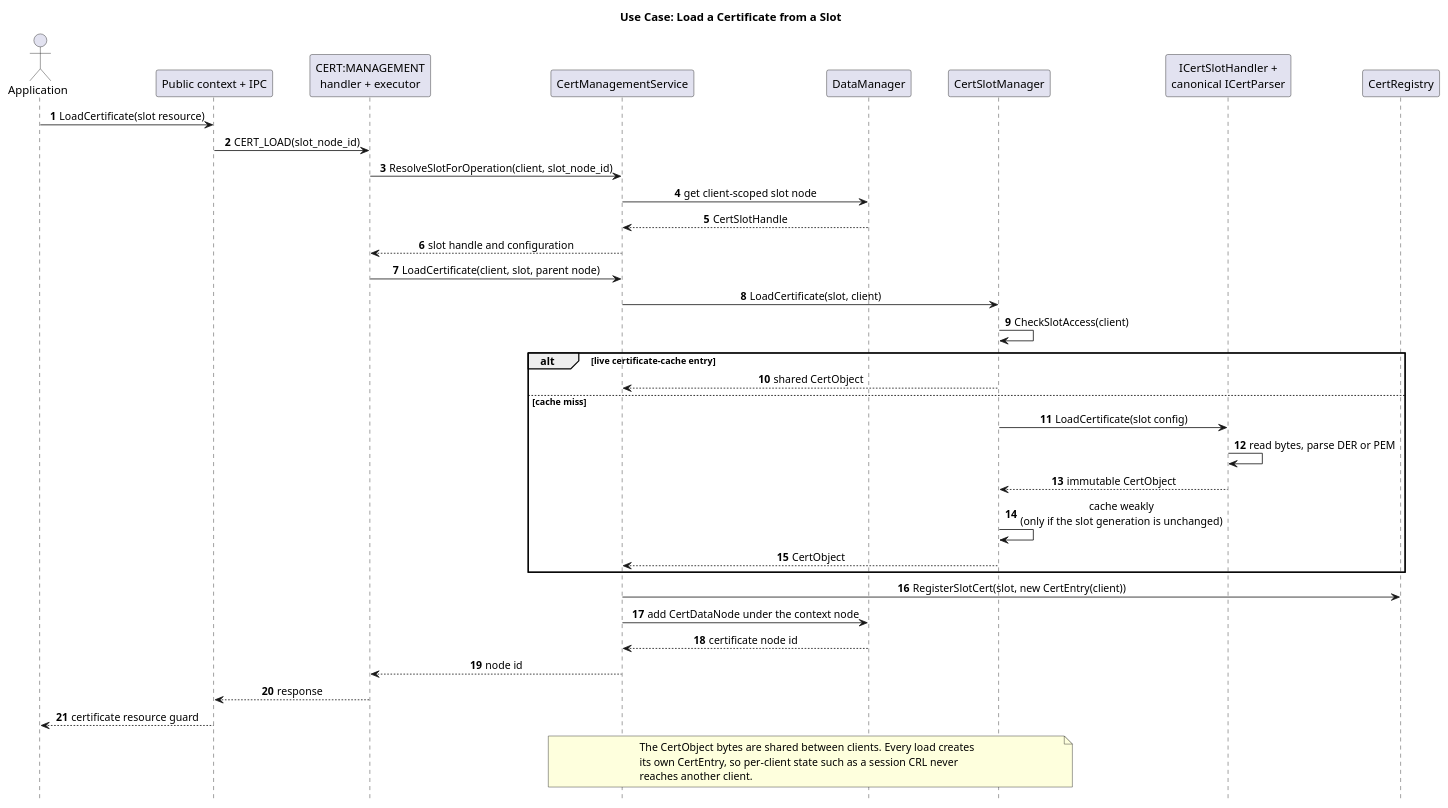
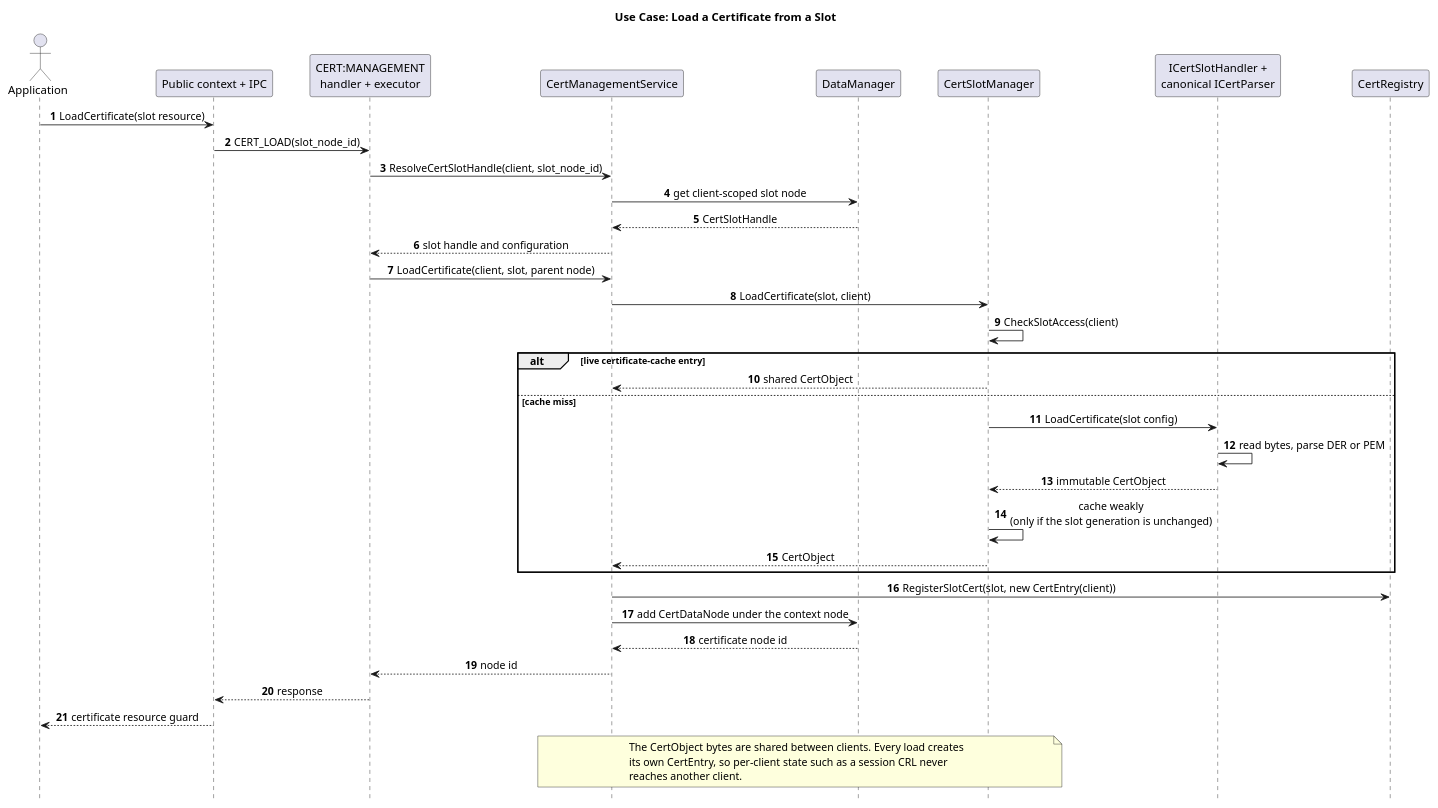
One commit to eclipse-score/inc_security_crypto changed the diagram in score/crypto/src/daemon/cert_management/docs/detailed_design/uc_certificate_slot_load.puml. Above: the diagram before and after it, drawn with PlantUML. The commit also changed 52 other files, not shown here.

```diff
--- a/score/crypto/src/daemon/cert_management/docs/detailed_design/uc_certificate_slot_load.puml
+++ b/score/crypto/src/daemon/cert_management/docs/detailed_design/uc_certificate_slot_load.puml
@@ -14,50 +14,50 @@
 @startuml uc_certificate_slot_load
 title Use Case: Load a Certificate from a Slot
 autonumber
 hide footbox
 skinparam shadowing false
 skinparam defaultFontName Arial
 skinparam ParticipantPadding 18
 skinparam sequenceMessageAlign center
 
 actor Application as App
 participant "Public context + IPC" as Context
 participant "CERT:MANAGEMENT\nhandler + executor" as Executor
 participant "CertManagementService" as Service
 participant "DataManager" as DataManager
 participant "CertSlotManager" as SlotManager
 participant "ICertSlotHandler +\ncanonical ICertParser" as Backend
 participant "CertRegistry" as Registry
 
 App -> Context : LoadCertificate(slot resource)
 Context -> Executor : CERT_LOAD(slot_node_id)
-Executor -> Service : ResolveSlotForOperation(client, slot_node_id)
+Executor -> Service : ResolveCertSlotHandle(client, slot_node_id)
 Service -> DataManager : get client-scoped slot node
 DataManager --> Service : CertSlotHandle
 Service --> Executor : slot handle and configuration
 
 Executor -> Service : LoadCertificate(client, slot, parent node)
 Service -> SlotManager : LoadCertificate(slot, client)
 SlotManager -> SlotManager : CheckSlotAccess(client)
 alt live certificate-cache entry
   SlotManager --> Service : shared CertObject
 else cache miss
   SlotManager -> Backend : LoadCertificate(slot config)
   Backend -> Backend : read bytes, parse DER or PEM
   Backend --> SlotManager : immutable CertObject
   SlotManager -> SlotManager : cache weakly\n(only if the slot generation is unchanged)
   SlotManager --> Service : CertObject
 end
 Service -> Registry : RegisterSlotCert(slot, new CertEntry(client))
 Service -> DataManager : add CertDataNode under the context node
 DataManager --> Service : certificate node id
 Service --> Executor : node id
 Executor --> Context : response
 Context --> App : certificate resource guard
 
 note over Service, SlotManager
   The CertObject bytes are shared between clients. Every load creates
   its own CertEntry, so per-client state such as a session CRL never
   reaches another client.
 end note
 @enduml
```
